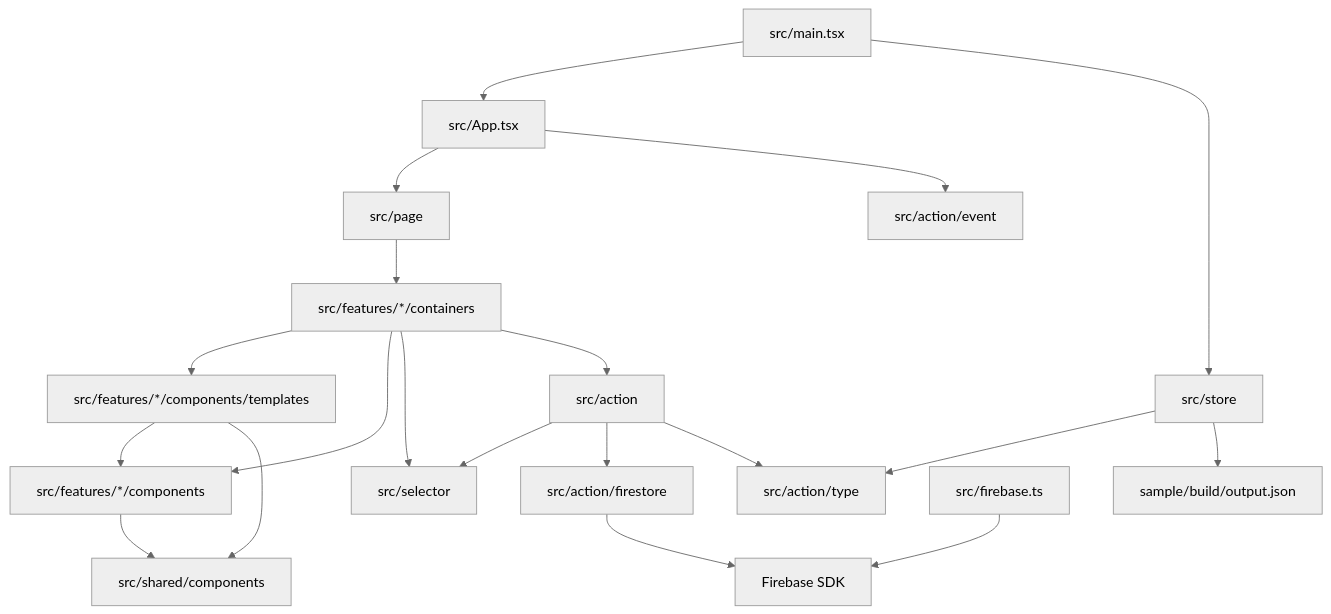
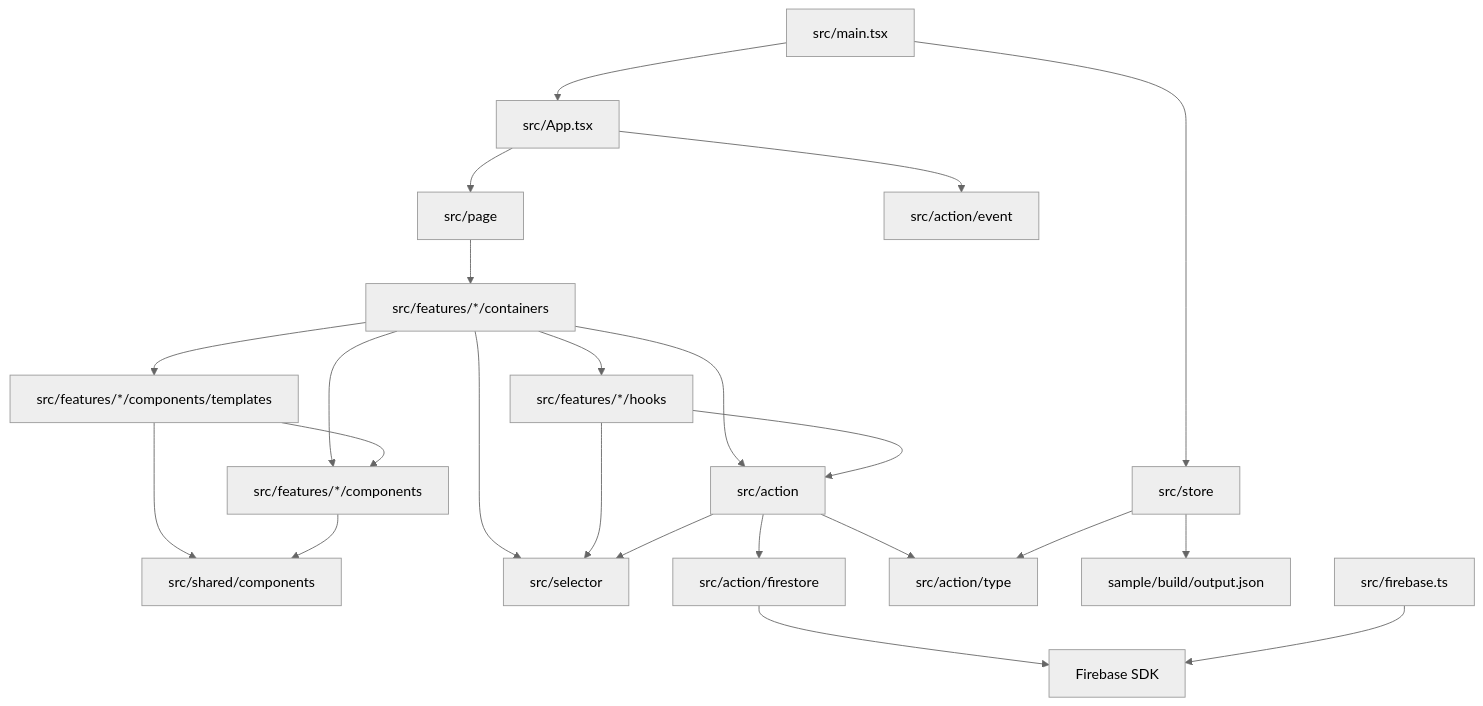
The diagram in docs/summary/module-map.md (her0e1c1/tango), drawn with Mermaid (neutral theme) before and after one commit. The commit also changed other lines of this file and 29 other files, not shown here.

First line of the commit message:
refactor: organize feature hooks by feature (#224)

````diff
--- a/docs/summary/module-map.md
+++ b/docs/summary/module-map.md
@@ -24,24 +25,27 @@
 ```mermaid
 flowchart TD
     Main[src/main.tsx] --> App[src/App.tsx]
     Main --> Store[src/store]
     App --> Pages[src/page]
     App --> EventAction[src/action/event]
 
     Pages --> Containers[src/features/*/containers]
+    Containers --> FeatureHooks[src/features/*/hooks]
     Containers --> Templates[src/features/*/components/templates]
     Containers --> FeatureUI[src/features/*/components]
     Templates --> FeatureUI
     Templates --> SharedUI[src/shared/components]
     FeatureUI --> SharedUI
 
     Containers --> Selectors[src/selector]
     Containers --> Actions[src/action]
+    FeatureHooks --> Selectors
+    FeatureHooks --> Actions
     Actions --> Selectors
     Actions --> Firestore[src/action/firestore]
     Actions --> StoreTypes[src/action/type]
     Store --> StoreTypes
     Store --> SampleJson[sample/build/output.json]
     Firestore --> FirebaseSDK[Firebase SDK]
     FirebaseInit[src/firebase.ts] --> FirebaseSDK
 ```
````
